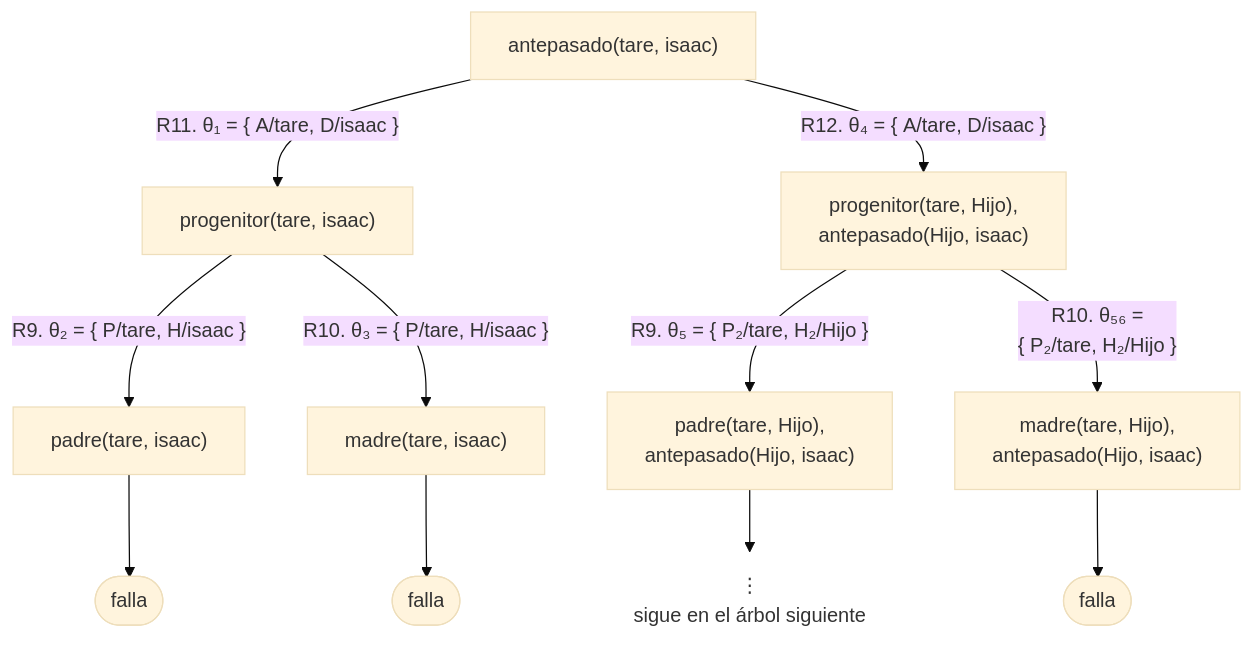
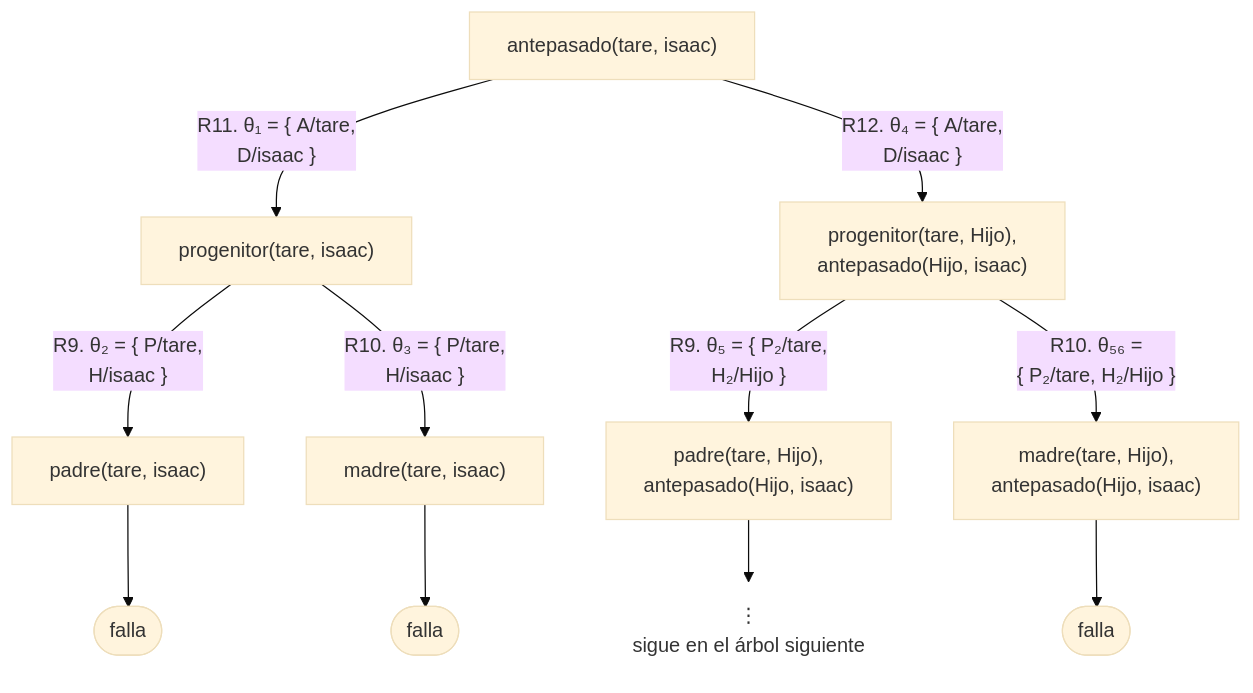
One commit to CesarBallardini/curso-de-prolog changed the first of 11 diagrams in docs/capitulo-06-recursion/index.md. Above: the diagram before and after it, drawn with Mermaid (base theme). The commit also changed other lines of this file and 24 other files, not shown here.

First line of the commit message:
feat(docs): botones para ocultar las columnas laterales y etiquetas cortas en los diagramas

````diff
--- a/docs/capitulo-06-recursion/index.md
+++ b/docs/capitulo-06-recursion/index.md
@@ -91,15 +91,15 @@
 ```mermaid
 flowchart TD
-    A["antepasado(tare, isaac)"] -- "R11. θ₁ = {&nbsp;A/tare, D/isaac&nbsp;}" --> B["progenitor(tare, isaac)"]
-    A -- "R12. θ₄ = {&nbsp;A/tare, D/isaac&nbsp;}" --> C["progenitor(tare, Hijo),<br/>antepasado(Hijo, isaac)"]
-    B -- "R9. θ₂ = {&nbsp;P/tare, H/isaac&nbsp;}" --> B1["padre(tare, isaac)"]
-    B -- "R10. θ₃ = {&nbsp;P/tare, H/isaac&nbsp;}" --> B2["madre(tare, isaac)"]
+    A["antepasado(tare, isaac)"] -- "R11. θ₁ = {&nbsp;A/tare,<br/>D/isaac&nbsp;}" --> B["progenitor(tare, isaac)"]
+    A -- "R12. θ₄ = {&nbsp;A/tare,<br/>D/isaac&nbsp;}" --> C["progenitor(tare, Hijo),<br/>antepasado(Hijo, isaac)"]
+    B -- "R9. θ₂ = {&nbsp;P/tare,<br/>H/isaac&nbsp;}" --> B1["padre(tare, isaac)"]
+    B -- "R10. θ₃ = {&nbsp;P/tare,<br/>H/isaac&nbsp;}" --> B2["madre(tare, isaac)"]
     B1 --> F1(["falla"])
     B2 --> F2(["falla"])
-    C -- "R9. θ₅ = {&nbsp;P₂/tare, H₂/Hijo&nbsp;}" --> C1["padre(tare, Hijo),<br/>antepasado(Hijo, isaac)"]
+    C -- "R9. θ₅ = {&nbsp;P₂/tare,<br/>H₂/Hijo&nbsp;}" --> C1["padre(tare, Hijo),<br/>antepasado(Hijo, isaac)"]
     C -- "R10. θ₅₆ =<br/>{&nbsp;P₂/tare, H₂/Hijo&nbsp;}" --> C2["madre(tare, Hijo),<br/>antepasado(Hijo, isaac)"]
     C2 --> F3(["falla"])
     C1 --> V["⋮<br/>sigue en el árbol siguiente"]
     classDef abierto fill:none,stroke:none;
     class V abierto;
 ```
````
